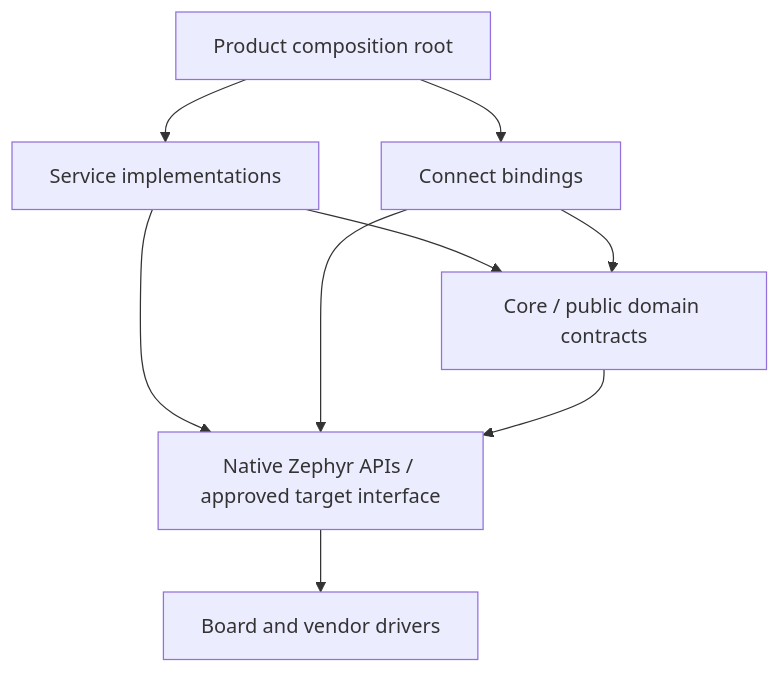
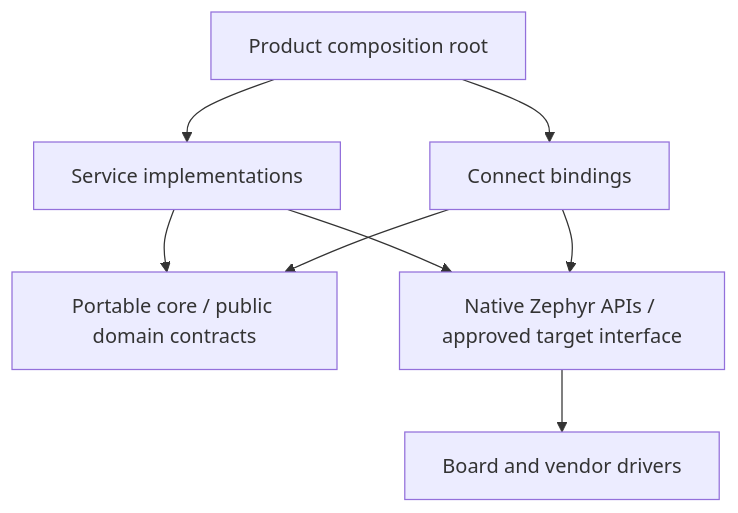
One commit to susmithmrm/ZARC changed the second of 22 diagrams in docs/architecture/diagrams/README.md. Above: the diagram before and after it, drawn with Mermaid. The commit also changed other lines of this file and 32 other files, not shown here.

Commit message:
Reconcile architecture documentation with desktop implementation and validate links

````diff
--- a/docs/architecture/diagrams/README.md
+++ b/docs/architecture/diagrams/README.md
@@ -34,19 +34,18 @@
 ```mermaid
 flowchart TD
   %% Allowed build and import dependencies
   N0_0["Product composition root"]
   N1_0["Service implementations"]
   N1_1["Connect bindings"]
-  N2_0["Core / public domain contracts"]
+  N2_0["Portable core / public domain contracts"]
   N3_0["Native Zephyr APIs / approved target interface"]
   N4_0["Board and vendor drivers"]
   N0_0 --> N1_0
   N0_0 --> N1_1
   N1_0 --> N2_0
   N1_1 --> N2_0
   N1_0 --> N3_0
   N1_1 --> N3_0
-  N2_0 --> N3_0
   N3_0 --> N4_0
   %% Core does not import services, products or vendor private headers. Host imports external schema only.
 ```
````
